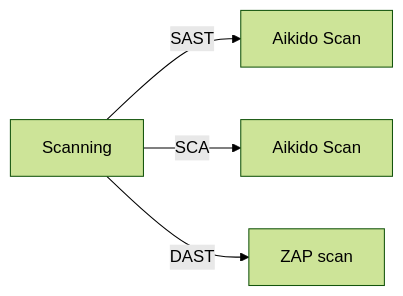
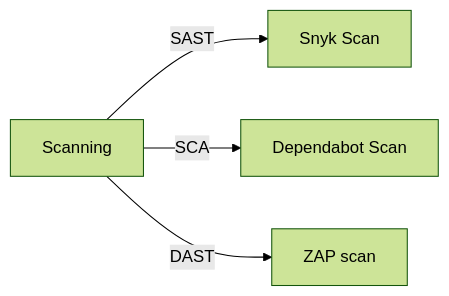
One commit to dmss-group3-practice-module/backend changed the second of 2 diagrams in README.md. Above: the diagram before and after it, drawn with Mermaid (forest theme). The commit also changed other lines of this file, not shown here.

````diff
--- a/README.md
+++ b/README.md
@@ -83,7 +83,7 @@
 ```mermaid
 flowchart LR
     A[Scanning]
-    A -->|SAST| B[Aikido Scan]
-    A -->|SCA| C[Aikido Scan]
+    A -->|SAST| B[Snyk Scan]
+    A -->|SCA| C[Dependabot Scan]
     A -->|DAST| D[ZAP scan]
 ```
````
